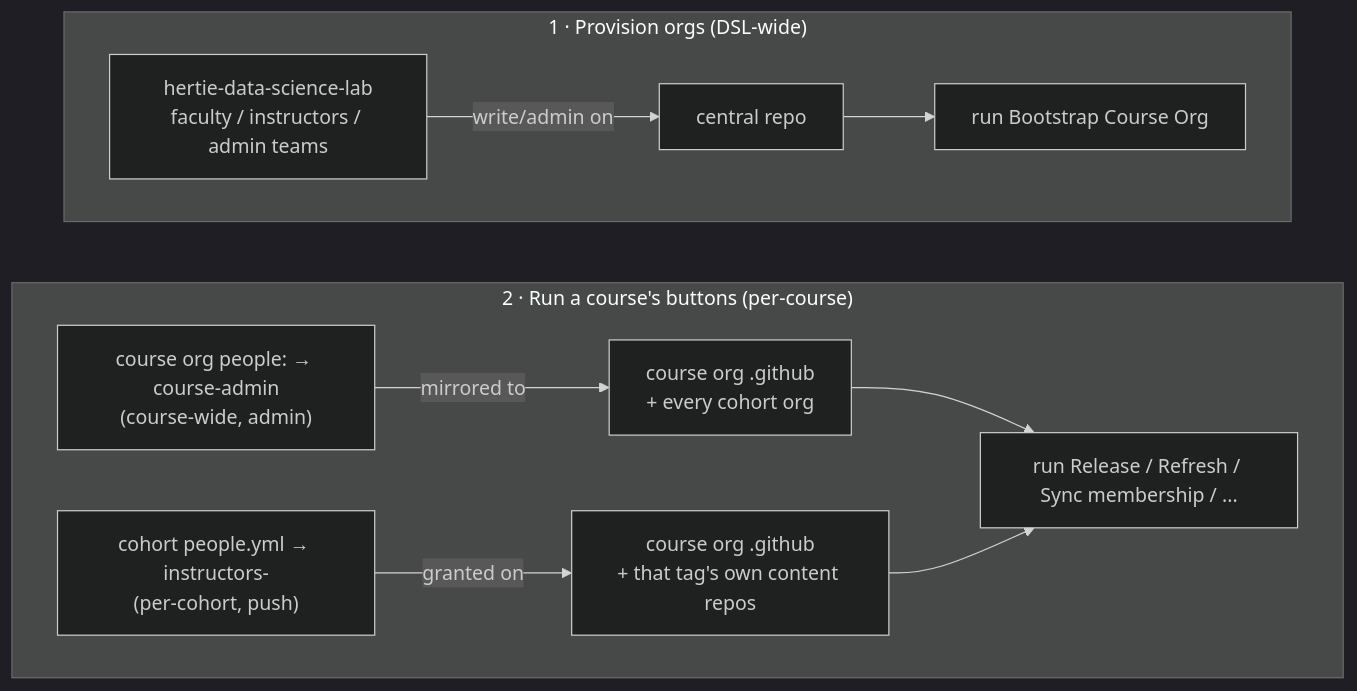
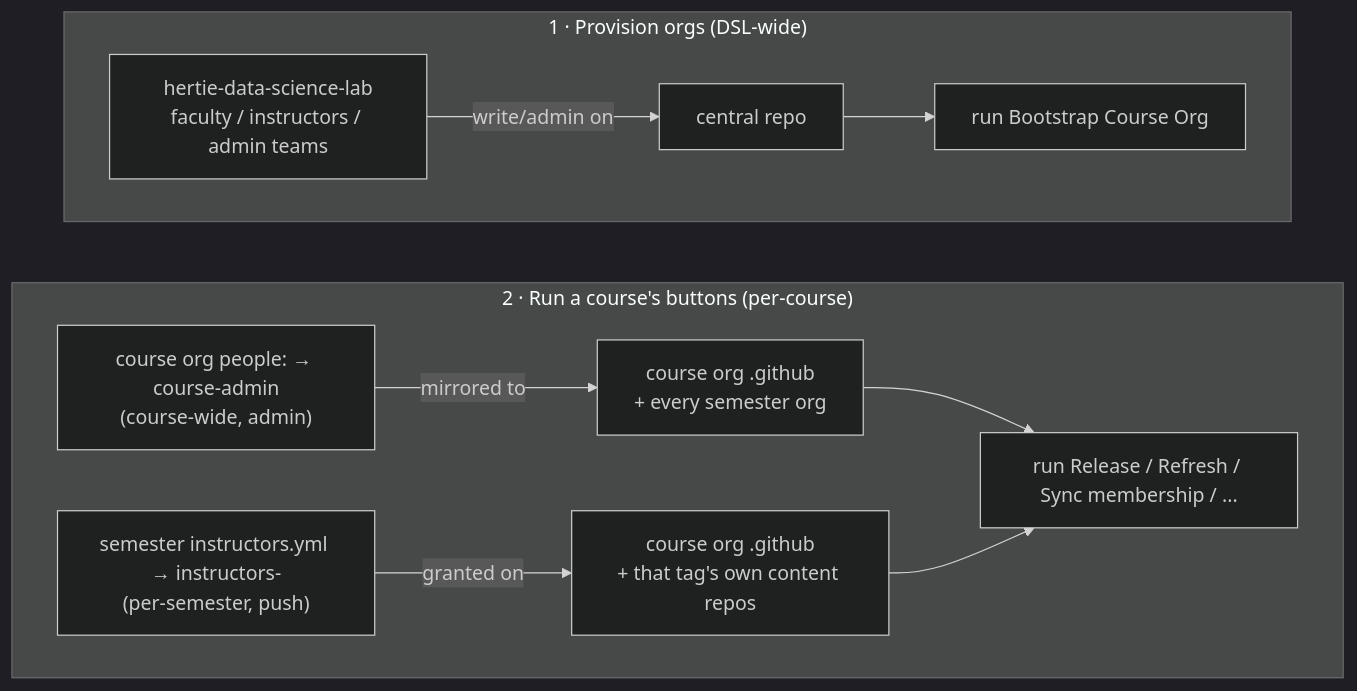
One commit to hertie-data-science-lab/dsl-teaching-toolkit changed the third of 10 diagrams in docs-admin-arch/architecture.md. Above: the diagram before and after it, drawn with Mermaid (dark theme). The commit also changed other lines of this file and 290 other files, not shown here.

````diff
--- a/docs-admin-arch/architecture.md
+++ b/docs-admin-arch/architecture.md
@@ -145,18 +145,18 @@
 ```mermaid
 flowchart TD
   subgraph prov["1 · Provision orgs (DSL-wide)"]
     ct["`hertie-data-science-lab
 faculty / instructors / admin teams`"] -->|"write/admin on"| cr["central repo"] --> ba["run Bootstrap Course Org"]
   end
   subgraph run["2 · Run a course's buttons (per-course)"]
     ca["`course org people: → course-admin
 (course-wide, admin)`"] -->|"mirrored to"| gh["`course org .github
-+ every cohort org`"]
-    it["`cohort people.yml → instructors-<tag>
-(per-cohort, push)`"] -->|"granted on"| ghtag["`course org .github
++ every semester org`"]
+    it["`semester instructors.yml → instructors-<tag>
+(per-semester, push)`"] -->|"granted on"| ghtag["`course org .github
 + that tag's own content repos`"]
     gh --> rb["run Release / Refresh / Sync membership / ..."]
     ghtag --> rb
   end
   prov ~~~ run
 ```
````
